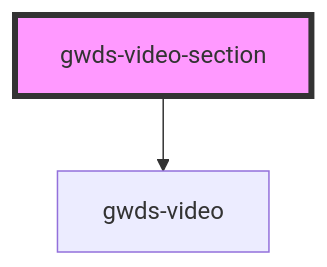
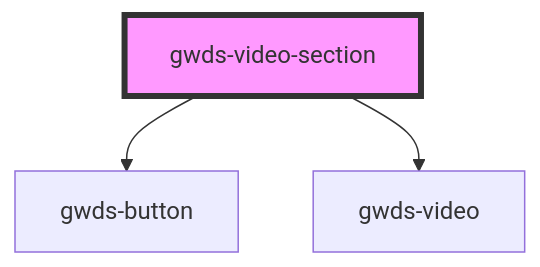
The diagram in src/components/gwds-video-section/readme.md (bsastregx/gwds-stenciljs), drawn with Mermaid before and after one commit. The commit also changed other lines of this file and 7898 other files, not shown here.

````diff
--- a/src/components/gwds-video-section/readme.md
+++ b/src/components/gwds-video-section/readme.md
@@ -30,5 +43,6 @@
 ```mermaid
 graph TD;
+  gwds-video-section --> gwds-button
   gwds-video-section --> gwds-video
   style gwds-video-section fill:#f9f,stroke:#333,stroke-width:4px
 ```
````
